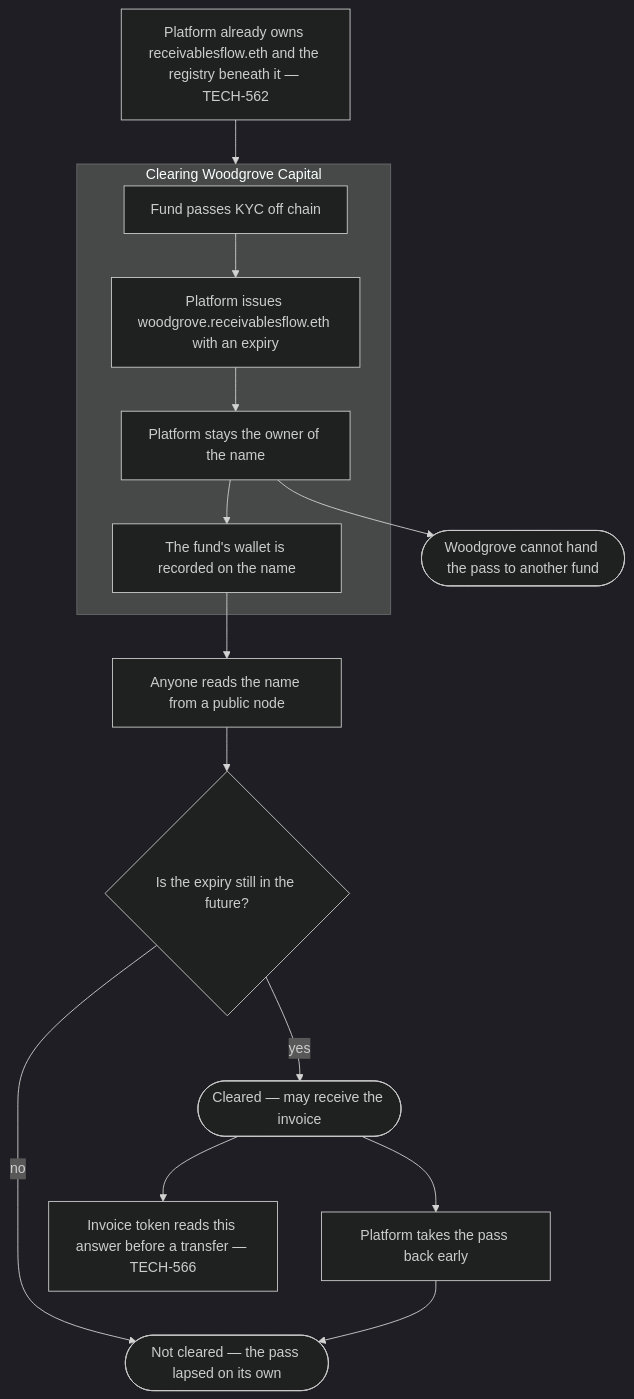
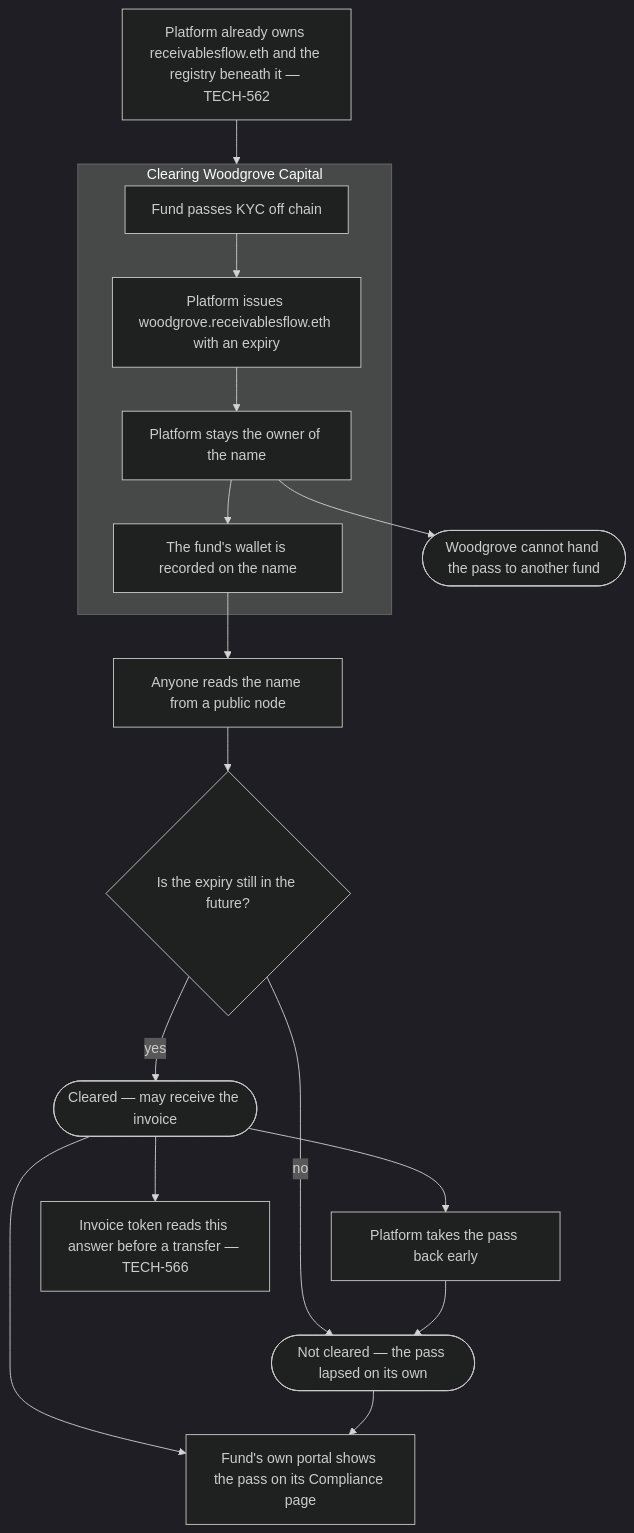
Before and after one commit to cvestrada/receivables-flow: the diagram in specs/receivables-flow/m0-set-up-and-get-cleared/02-integration-libs/TECH-565-issue-the-investor-an-approval-pass-with-an-expiry/spec.md, drawn with Mermaid (dark theme). The commit also changed other lines of this file and 14 other files, not shown here.

First line of the commit message:
feat: show the fund its live approval pass in the portal

````diff
--- a/specs/receivables-flow/m0-set-up-and-get-cleared/02-integration-libs/TECH-565-issue-the-investor-an-approval-pass-with-an-expiry/spec.md
+++ b/specs/receivables-flow/m0-set-up-and-get-cleared/02-integration-libs/TECH-565-issue-the-investor-an-approval-pass-with-an-expiry/spec.md
@@ -34,28 +34,30 @@
 ```mermaid
 flowchart TD
 
     SETUP["Platform already owns receivablesflow.eth and the registry beneath it — TECH-562"]
 
     subgraph ISSUE["Clearing Woodgrove Capital"]
         I1["Fund passes KYC off chain"]
         I2["Platform issues woodgrove.receivablesflow.eth with an expiry"]
         I3["Platform stays the owner of the name"]
         I4["The fund's wallet is recorded on the name"]
         I1 --> I2 --> I3 --> I4
     end
 
     SETUP --> ISSUE
 
     I4 --> READ["Anyone reads the name from a public node"]
 
     READ --> Q{"Is the expiry still in the future?"}
     Q -- "yes" --> CLEARED(["Cleared — may receive the invoice"])
     Q -- "no" --> LAPSED(["Not cleared — the pass lapsed on its own"])
 
     I3 --> NOPASS(["Woodgrove cannot hand the pass to another fund"])
 
     CLEARED --> REVOKE["Platform takes the pass back early"]
     REVOKE --> LAPSED
 
+    CLEARED --> PORTAL["Fund's own portal shows the pass on its Compliance page"]
+    LAPSED --> PORTAL
     CLEARED --> HEDERA["Invoice token reads this answer before a transfer — TECH-566"]
 ```
````
